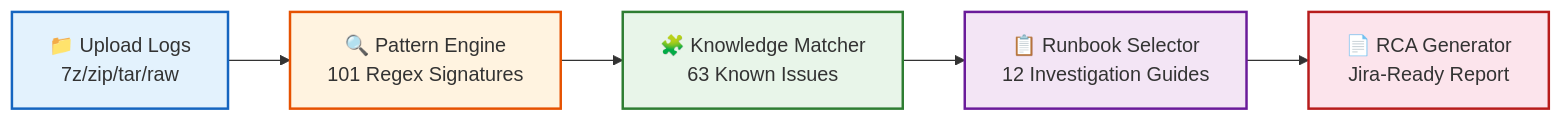
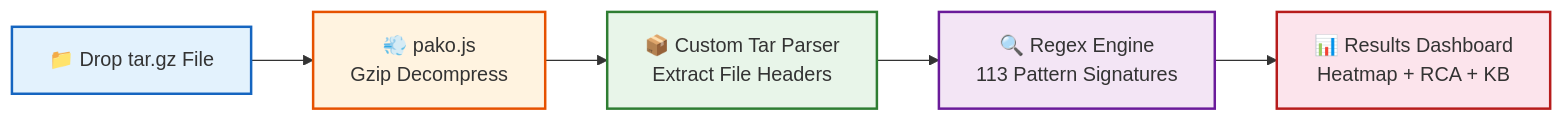
The first of 3 diagrams in README.md (yadakrishna245/Log_analysis), drawn with Mermaid before and after one commit. The commit also changed other lines of this file and 4 other files, not shown here.

Commit message:
Complete documentation rewrite: README with mermaid diagrams, docstrings added to all key source files

````diff
--- a/README.md
+++ b/README.md
@@ -56,13 +77,13 @@
 ```mermaid
 flowchart LR
-    A[📁 Upload Logs<br/>7z/zip/tar/raw] --> B[🔍 Pattern Engine<br/>101 Regex Signatures]
-    B --> C[🧩 Knowledge Matcher<br/>63 Known Issues]
-    C --> D[📋 Runbook Selector<br/>12 Investigation Guides]
-    D --> E[📄 RCA Generator<br/>Jira-Ready Report]
-    
+    A[📁 Drop tar.gz File] --> B[💨 pako.js<br/>Gzip Decompress]
+    B --> C[📦 Custom Tar Parser<br/>Extract File Headers]
+    C --> D[🔍 Regex Engine<br/>113 Pattern Signatures]
+    D --> E[📊 Results Dashboard<br/>Heatmap + RCA + KB]
+
     style A fill:#e3f2fd,stroke:#1565c0,stroke-width:2px
     style B fill:#fff3e0,stroke:#e65100,stroke-width:2px
     style C fill:#e8f5e9,stroke:#2e7d32,stroke-width:2px
     style D fill:#f3e5f5,stroke:#6a1b9a,stroke-width:2px
     style E fill:#fce4ec,stroke:#b71c1c,stroke-width:2px
 ```
````
